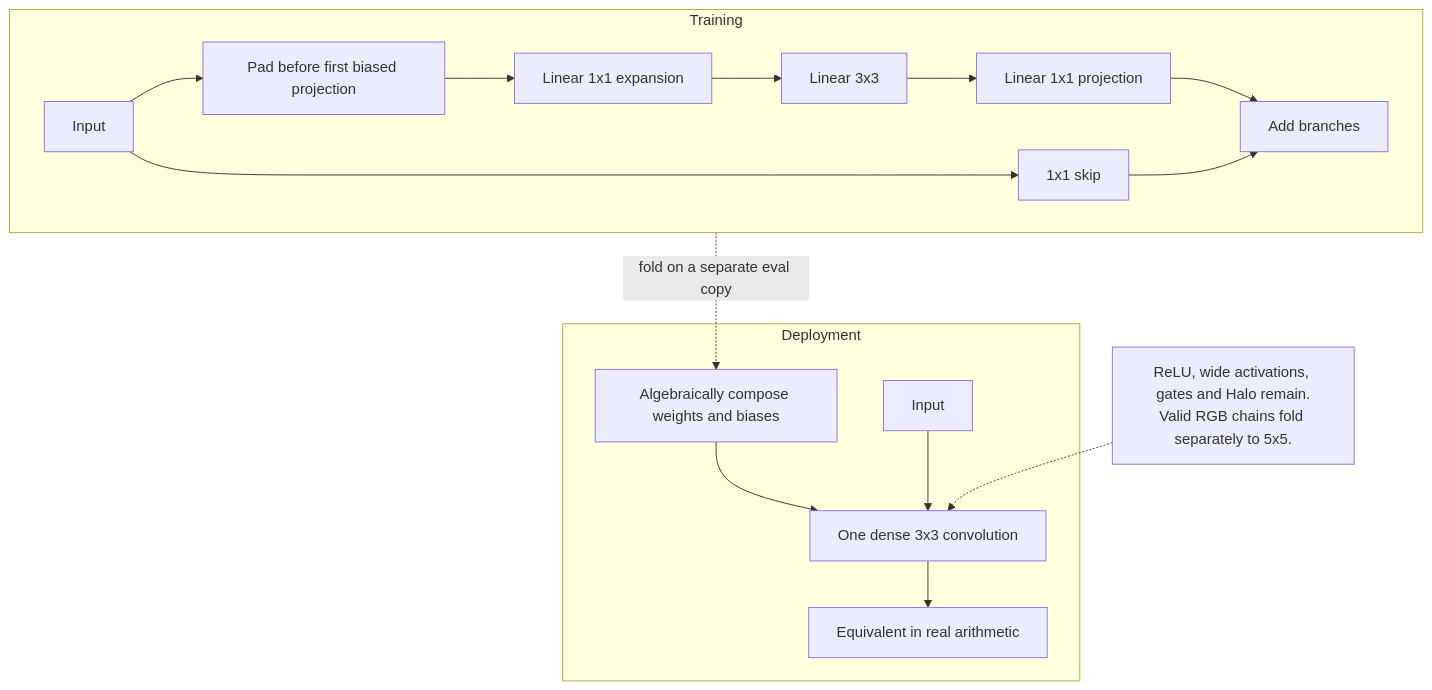
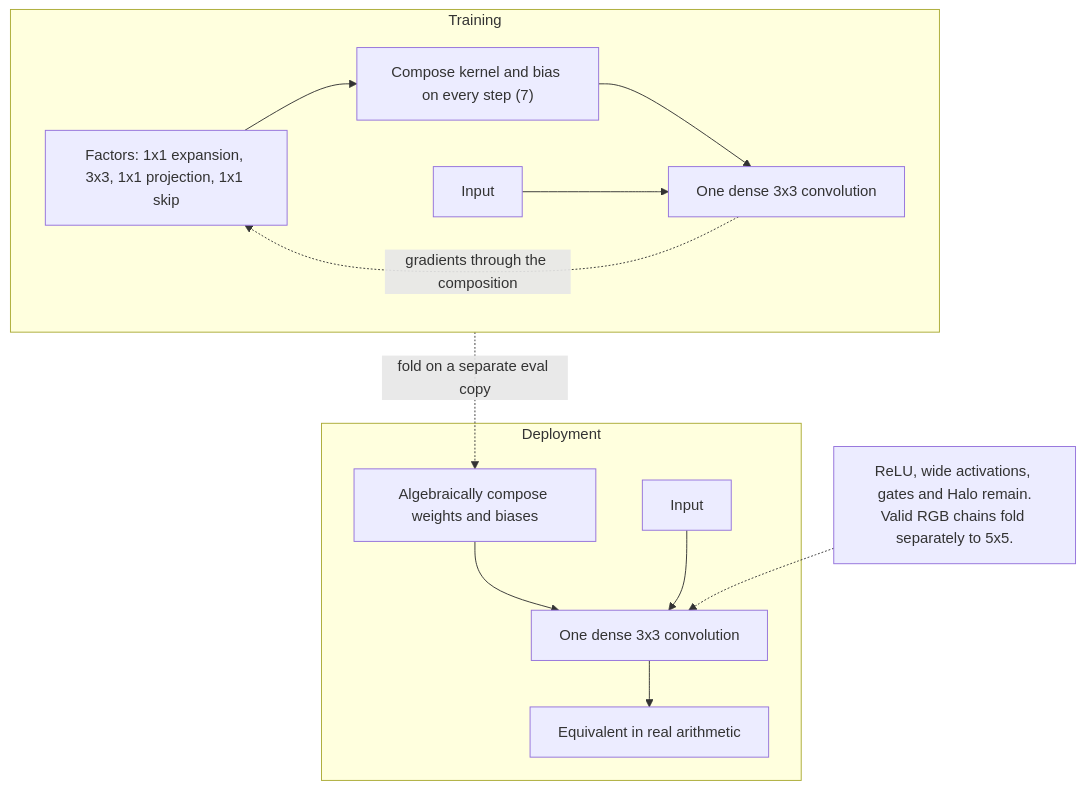
Before and after one commit to Rift73/WSR: the fifth of 5 diagrams in README.md, drawn with Mermaid. The commit also changed other lines of this file and 2 other files, not shown here.

First line of the commit message:
Compose Conv3XC kernels on every training step

````diff
--- a/README.md
+++ b/README.md
@@ -174,16 +174,15 @@
 ```mermaid
 flowchart TB
   subgraph TRAIN["Training"]
-    X["Input"] --> PAD["Pad before first biased projection"]
-    PAD --> A["Linear 1x1 expansion"] --> B["Linear 3x3"] --> C["Linear 1x1 projection"]
-    X --> SK["1x1 skip"]
-    C --> SUM["Add branches"]
-    SK --> SUM
+    FAC["Factors: 1x1 expansion, 3x3, 1x1 projection, 1x1 skip"] --> CMP["Compose kernel and bias on every step (7)"]
+    CMP --> CONV["One dense 3x3 convolution"]
+    X["Input"] --> CONV
+    CONV -. "gradients through the composition" .-> FAC
   end
   subgraph DEPLOY["Deployment"]
     K["Algebraically compose weights and biases"] --> D["One dense 3x3 convolution"]
     XI["Input"] --> D --> Y["Equivalent in real arithmetic"]
   end
   TRAIN -. "fold on a separate eval copy" .-> K
   NOTE["ReLU, wide activations, gates and Halo remain.<br/>Valid RGB chains fold separately to 5x5."] -.-> D
 ```
````
